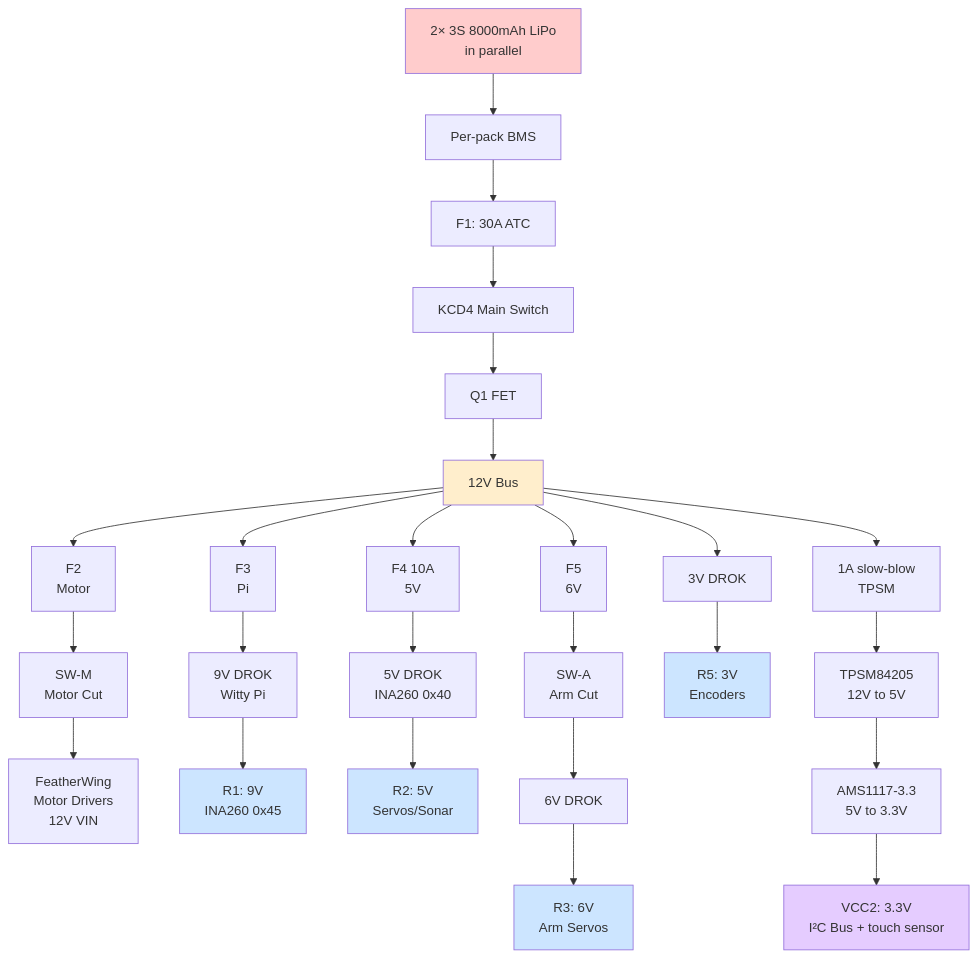
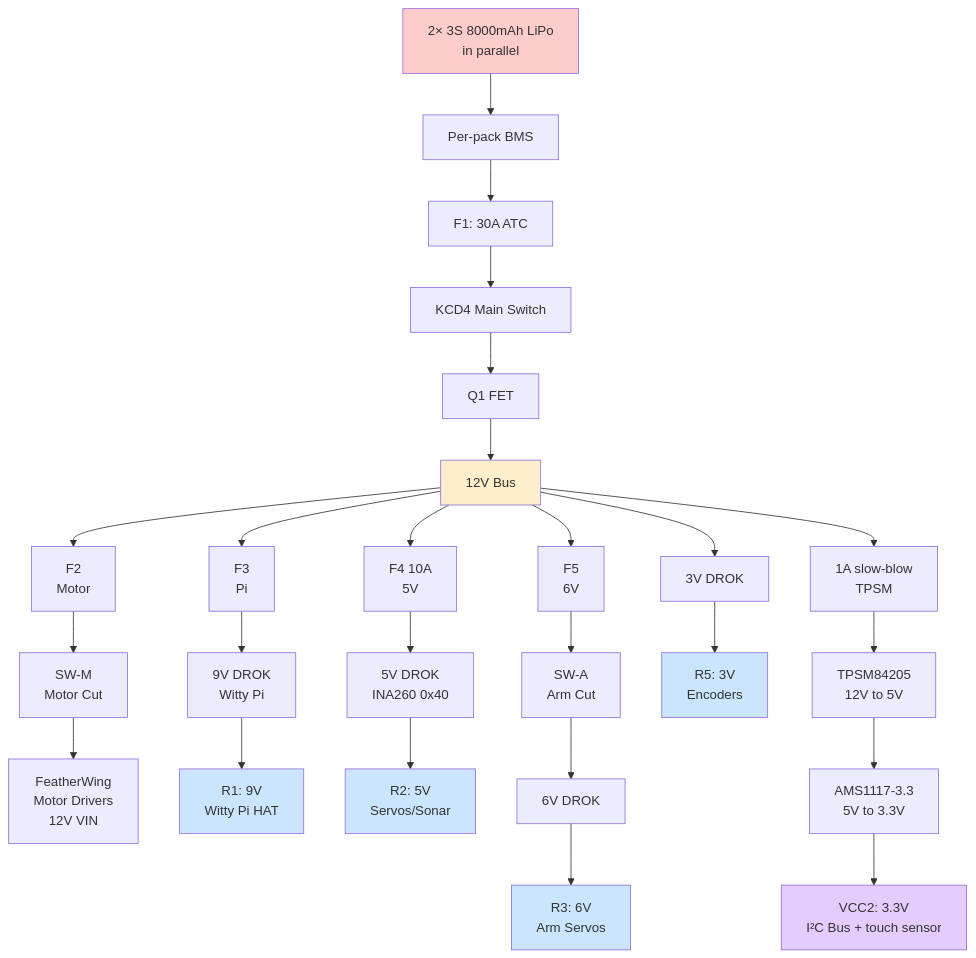
Before and after one commit to hdhimmel/willy-rover: the first of 5 diagrams in docs/WildWilly_Master_Hardware_Design_v2.0.md, drawn with Mermaid. The commit also changed other lines of this file and 12 other files, not shown here.

````diff
--- a/docs/WildWilly_Master_Hardware_Design_v2.0.md
+++ b/docs/WildWilly_Master_Hardware_Design_v2.0.md
@@ -244,75 +244,75 @@
 ```mermaid
 graph TD
     BAT["2× 3S 8000mAh LiPo<br/>in parallel"]
     BMS["Per-pack BMS"]
     F1["F1: 30A ATC"]
     KCD4["KCD4 Main Switch"]
     Q1["Q1 FET"]
     BUS["12V Bus"]
     
     F2["F2<br/>Motor"]
     F3["F3<br/>Pi"]
     F4["F4 10A<br/>5V"]
     F5["F5<br/>6V"]
     F_TPSM["1A slow-blow<br/>TPSM"]
     
     SW_M["SW-M<br/>Motor Cut"]
     FW_MOTOR["FeatherWing<br/>Motor Drivers<br/>12V VIN"]
     
     PI_BUCK["9V DROK<br/>Witty Pi"]
-    R1["R1: 9V<br/>INA260 0x45"]
+    R1["R1: 9V<br/>Witty Pi HAT"]
     
     DROK5["5V DROK<br/>INA260 0x40"]
     R2["R2: 5V<br/>Servos/Sonar"]
     
     SW_A["SW-A<br/>Arm Cut"]
     DROK6["6V DROK"]
     R3["R3: 6V<br/>Arm Servos"]
     
     DROK3["3V DROK"]
     R5["R5: 3V<br/>Encoders"]
     
     TPSM["TPSM84205<br/>12V to 5V"]
     AMS["AMS1117-3.3<br/>5V to 3.3V"]
     BUS_VCC2["VCC2: 3.3V<br/>I²C Bus + touch sensor"]
     
     BAT --> BMS
     BMS --> F1
     F1 --> KCD4
     KCD4 --> Q1
     Q1 --> BUS
     
     BUS --> F2
     BUS --> F3
     BUS --> F4
     BUS --> F5
     BUS --> F_TPSM
     
     F2 --> SW_M
     SW_M --> FW_MOTOR
     
     F3 --> PI_BUCK
     PI_BUCK --> R1
     
     F4 --> DROK5
     DROK5 --> R2
     
     F5 --> SW_A
     SW_A --> DROK6
     DROK6 --> R3
     
     BUS --> DROK3
     DROK3 --> R5
     
     F_TPSM --> TPSM
     TPSM --> AMS
     AMS --> BUS_VCC2
     
     style BAT fill:#ffcccc
     style BUS fill:#ffeecc
     style R1 fill:#cce5ff
     style R2 fill:#cce5ff
     style R3 fill:#cce5ff
     style R5 fill:#cce5ff
     style BUS_VCC2 fill:#e5ccff
 ```
````
